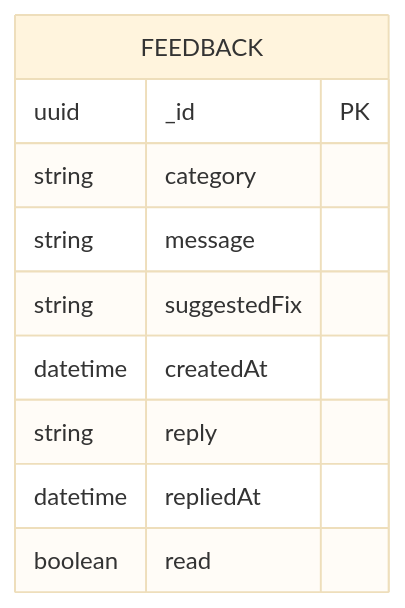
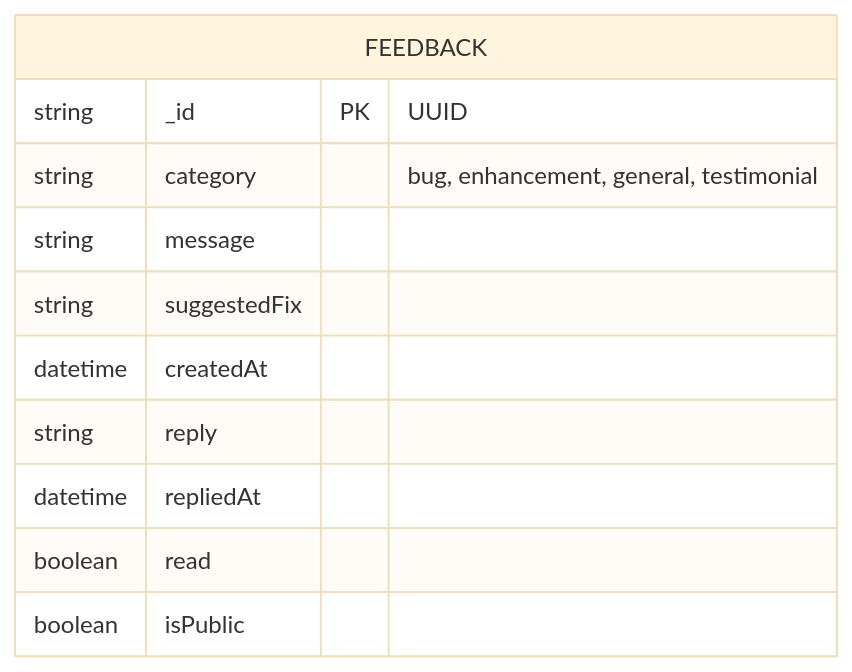
Before and after one commit to snsyaqirah/snsyaqirah.github.io: the ninth of 16 diagrams in portfolio-react/public/docs/surveyluhh.md, drawn with Mermaid (base theme). The commit also changed other lines of this file and 101 other files, not shown here.

````diff
--- a/portfolio-react/public/docs/surveyluhh.md
+++ b/portfolio-react/public/docs/surveyluhh.md
@@ -299,13 +348,14 @@
 ```mermaid
 erDiagram
     FEEDBACK {
-        uuid _id PK
-        string category
+        string _id PK "UUID"
+        string category "bug, enhancement, general, testimonial"
         string message
         string suggestedFix
         datetime createdAt
         string reply
         datetime repliedAt
         boolean read
+        boolean isPublic
     }
 ```
````
